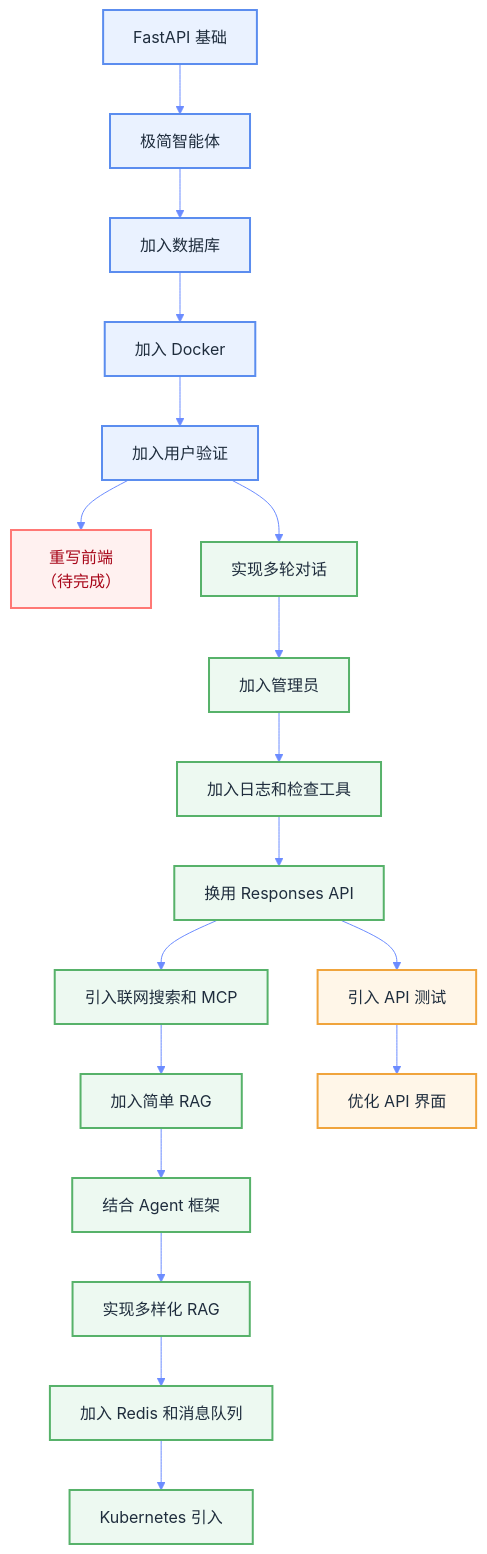
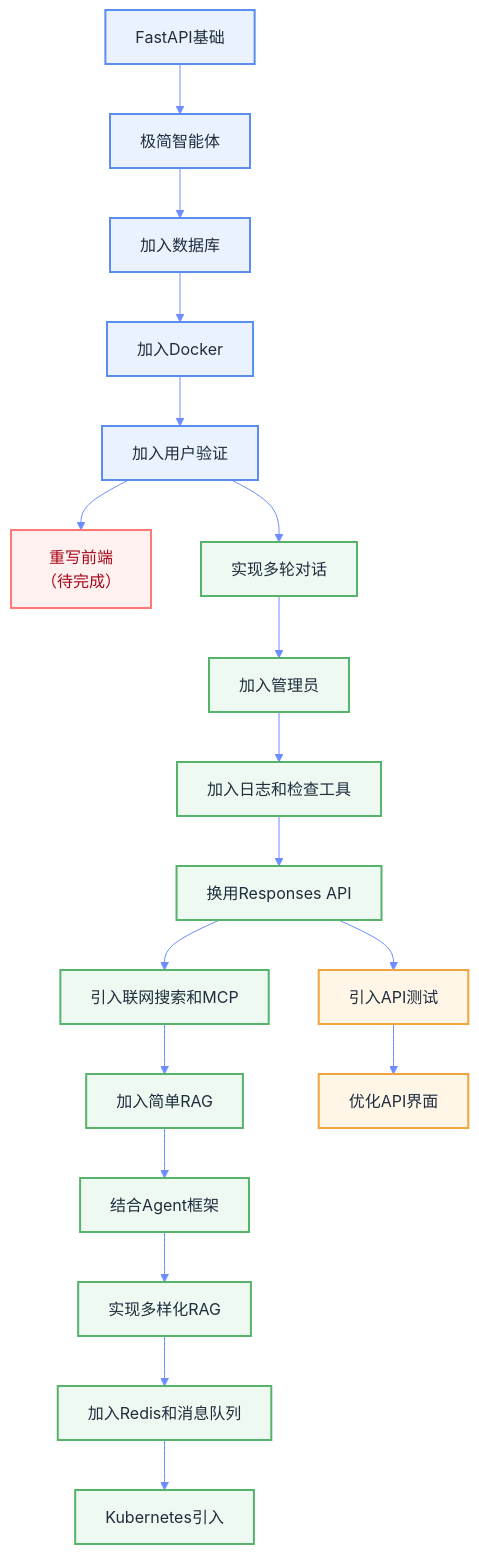
Before and after one commit to revival-of-hope/revival-of-hope.github.io: the diagram in content/post/Action/智能体构建/index.md, drawn with Mermaid. The commit also changed other lines of this file and 8 other files, not shown here.

````diff
--- a/content/post/Action/智能体构建/index.md
+++ b/content/post/Action/智能体构建/index.md
@@ -27,48 +27,48 @@
 ```mermaid
 %%{init: {
   "theme": "base",
   "themeVariables": {
     "primaryColor": "#f4f8ff",
     "primaryBorderColor": "#6c8cff",
     "lineColor": "#6c8cff",
     "fontFamily": "Microsoft YaHei, PingFang SC, sans-serif"
   }
 }}%%
 
 flowchart TB
 
-    N1[FastAPI 基础]
+    N1[FastAPI基础]
     N2[极简智能体]
     N3[加入数据库]
-    N4[加入 Docker]
+    N4[加入Docker]
     N5[加入用户验证]
     N6[重写前端<br/>（待完成）]
 
     N7[实现多轮对话]
     N8[加入管理员]
     N9[加入日志和检查工具]
-    N10[换用 Responses API]
-    N11[引入联网搜索和 MCP]
-    N12[加入简单 RAG]
-    N13[结合 Agent 框架]
-    N14[实现多样化 RAG]
-    N15[加入 Redis 和消息队列]
-    N16[Kubernetes 引入]
+    N10[换用Responses API]
+    N11[引入联网搜索和MCP]
+    N12[加入简单RAG]
+    N13[结合Agent框架]
+    N14[实现多样化RAG]
+    N15[加入Redis和消息队列]
+    N16[Kubernetes引入]
 
-    N17[引入 API 测试]
-    N18[优化 API 界面]
+    N17[引入API测试]
+    N18[优化API界面]
 
     N1 --> N2 --> N3 --> N4 --> N5 --> N6
     N5 --> N7 --> N8 --> N9 --> N10 --> N11 --> N12 --> N13 --> N14 --> N15 --> N16
     N10 --> N17 --> N18
 
     classDef core fill:#eaf2ff,stroke:#5b8def,stroke-width:2px,color:#1f2d3d;
     classDef ext fill:#edf9f1,stroke:#57b26a,stroke-width:2px,color:#1f2d3d;
     classDef qa fill:#fff6e8,stroke:#f0a43c,stroke-width:2px,color:#1f2d3d;
     classDef todo fill:#fff1f0,stroke:#ff7875,stroke-width:2px,color:#a8071a;
 
     class N1,N2,N3,N4,N5 core;
     class N6 todo;
     class N7,N8,N9,N10,N11,N12,N13,N14,N15,N16 ext;
     class N17,N18 qa;
 ```
````
